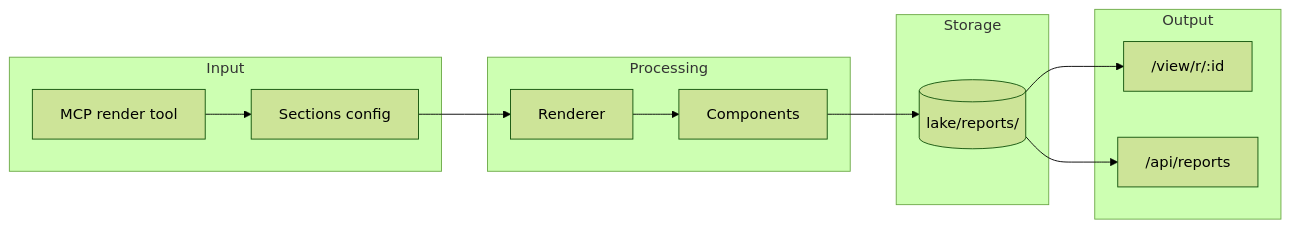
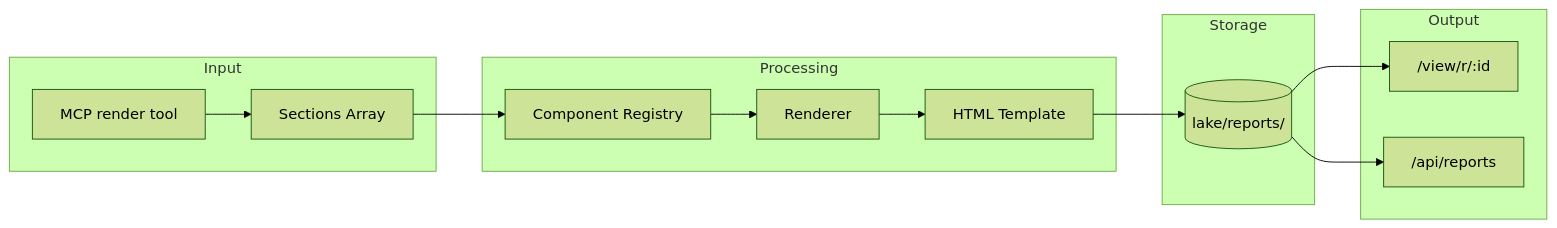
The tenth of 10 diagrams in ARCHITECTURE.md (labstack/fanout), drawn with Mermaid (forest theme) before and after one commit. The commit also changed other lines of this file, not shown here.

First line of the commit message:
Update architecture docs with complete diagrams

````diff
--- a/ARCHITECTURE.md
+++ b/ARCHITECTURE.md
@@ -245,27 +529,29 @@
 ```mermaid
 flowchart LR
     subgraph Input
         MCP[MCP render tool]
-        SEC[Sections config]
+        SEC[Sections Array]
     end
 
     subgraph Processing
+        REG[Component Registry]
         RND[Renderer]
-        CMP[Components]
+        TPL[HTML Template]
     end
 
     subgraph Storage
         FS[("lake/reports/")]
     end
 
     subgraph Output
         URL["/view/r/:id"]
         API["/api/reports"]
     end
 
     MCP --> SEC
-    SEC --> RND
-    RND --> CMP
-    CMP --> FS
+    SEC --> REG
+    REG --> RND
+    RND --> TPL
+    TPL --> FS
     FS --> URL & API
 ```
````
